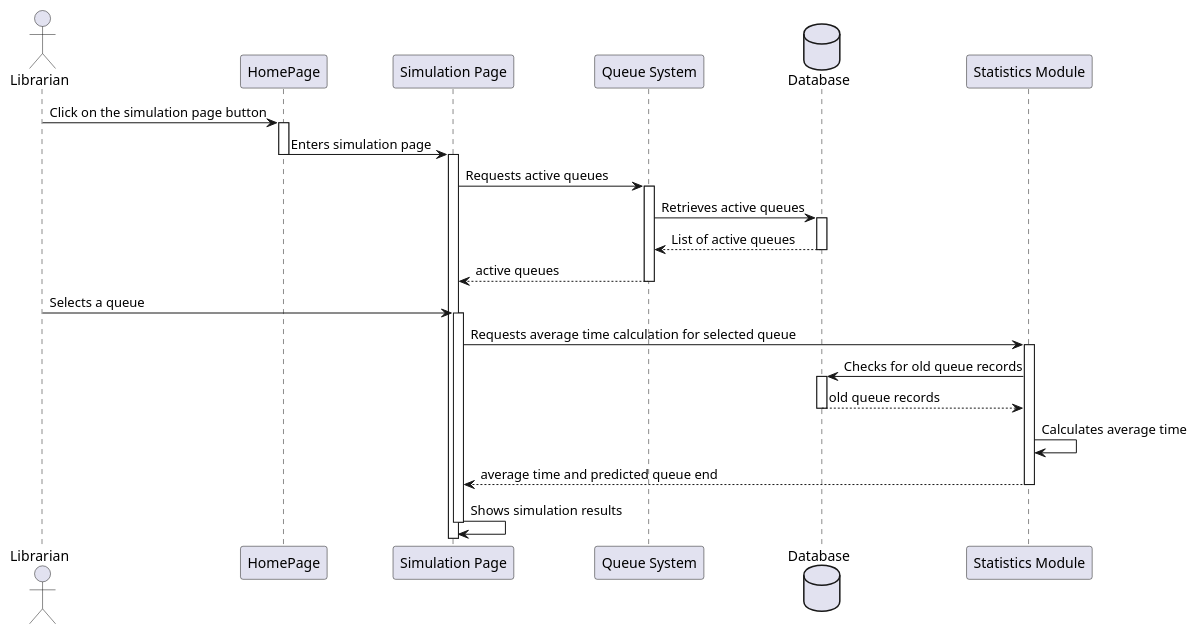
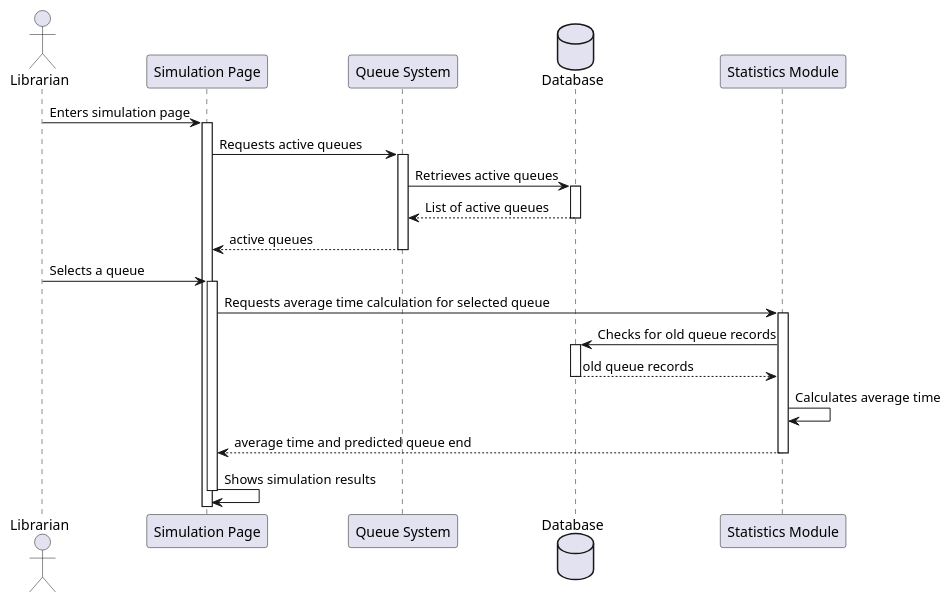
Before and after one commit to bartucank/mlm: the diagram in docs/umlDiagrams/Sequence Diagrams/ViewSimulation.puml, drawn with PlantUML. The commit also changed 24 other files, not shown here.

```diff
--- a/docs/umlDiagrams/Sequence Diagrams/ViewSimulation.puml
+++ b/docs/umlDiagrams/Sequence Diagrams/ViewSimulation.puml
@@ -1,45 +1,42 @@
 @startuml
 actor "Librarian" as Librarian
-participant "HomePage" as Home
 participant "Simulation Page" as SimPage
 participant "Queue System" as QueueSys
 database "Database" as QueueDB
 participant "Statistics Module" as StatsMod
 
 
 
-Librarian -> Home: Click on the simulation page button
-activate Home
-Home -> SimPage: Enters simulation page
-deactivate Home
+Librarian -> SimPage: Enters simulation page
+
 activate SimPage
 
 SimPage -> QueueSys: Requests active queues
 activate QueueSys
 
 QueueSys -> QueueDB: Retrieves active queues
 activate QueueDB
 QueueDB --> QueueSys: List of active queues
 deactivate QueueDB
 
 QueueSys --> SimPage:  active queues
 deactivate QueueSys
 
 Librarian -> SimPage: Selects a queue
 activate SimPage
 
 SimPage -> StatsMod: Requests average time calculation for selected queue
 activate StatsMod
 
 StatsMod -> QueueDB: Checks for old queue records
 activate QueueDB
 QueueDB --> StatsMod:  old queue records
 deactivate QueueDB
 
 StatsMod -> StatsMod: Calculates average time
 StatsMod --> SimPage:  average time and predicted queue end
 deactivate StatsMod
 
 SimPage -> SimPage: Shows simulation results
 deactivate SimPage
 @enduml
```
